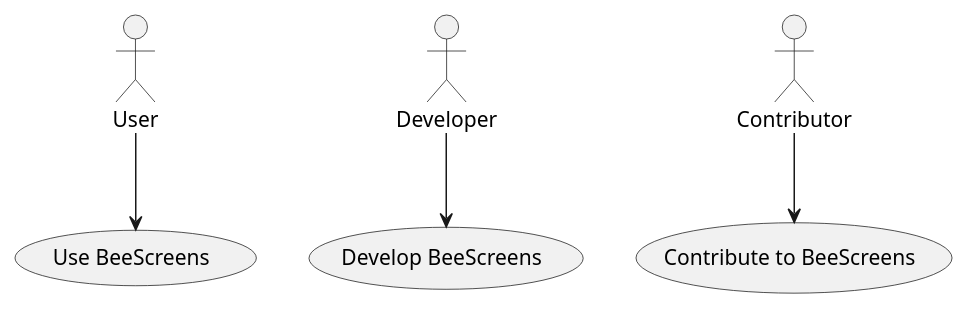
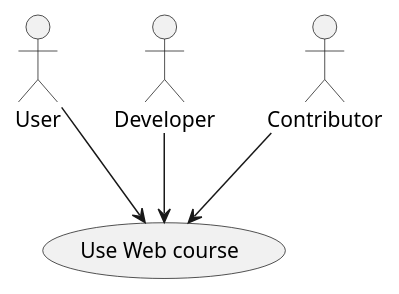
One commit to HEIG-VD-WEB/web-course changed the diagram in docs/index.md. Above: the diagram before and after it, drawn with PlantUML. The commit also changed other lines of this file and 8 other files, not shown here.

````diff
--- a/docs/index.md
+++ b/docs/index.md
@@ -10,16 +12,16 @@
 ```plantuml
 @startuml
 skinparam monochrome true
 skinparam shadowing false
 skinparam componentStyle uml2
 
 actor User
 actor Developer
 actor Contributor
 
-User --> (Use BeeScreens)
-Developer --> (Develop BeeScreens)
-Contributor --> (Contribute to BeeScreens)
+User --> (Use Web course)
+Developer --> (Use Web course)
+Contributor --> (Use Web course)
 
 @enduml
 ```
````
